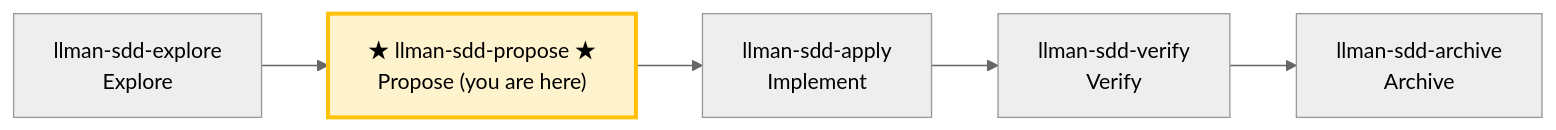
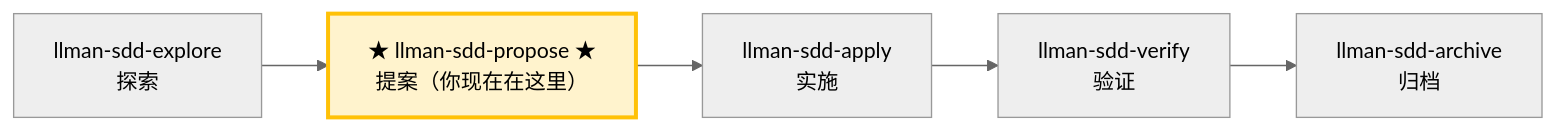
One commit to StrayDragon/crystalith changed the diagram in .agents/skills/llman-sdd-propose/SKILL.md. Above: the diagram before and after it, drawn with Mermaid (neutral theme). The commit also changed other lines of this file and 12 other files, not shown here.

Commit message:
agentdev: update llman sdd skills

````diff
--- a/.agents/skills/llman-sdd-propose/SKILL.md
+++ b/.agents/skills/llman-sdd-propose/SKILL.md
@@ -14,10 +14,10 @@
 ```mermaid
 flowchart LR
-    explore["llman-sdd-explore<br/>Explore"] --> propose
-    propose["★ llman-sdd-propose ★<br/>Propose (you are here)"]
-    propose --> apply["llman-sdd-apply<br/>Implement"]
-    apply --> verify["llman-sdd-verify<br/>Verify"]
-    verify --> archive["llman-sdd-archive<br/>Archive"]
+    explore["llman-sdd-explore<br/>探索"] --> propose
+    propose["★ llman-sdd-propose ★<br/>提案（你现在在这里）"]
+    propose --> apply["llman-sdd-apply<br/>实施"]
+    apply --> verify["llman-sdd-verify<br/>验证"]
+    verify --> archive["llman-sdd-archive<br/>归档"]
 
     style propose fill:#fff3cd,stroke:#ffc107,stroke-width:3px
 ```
````
